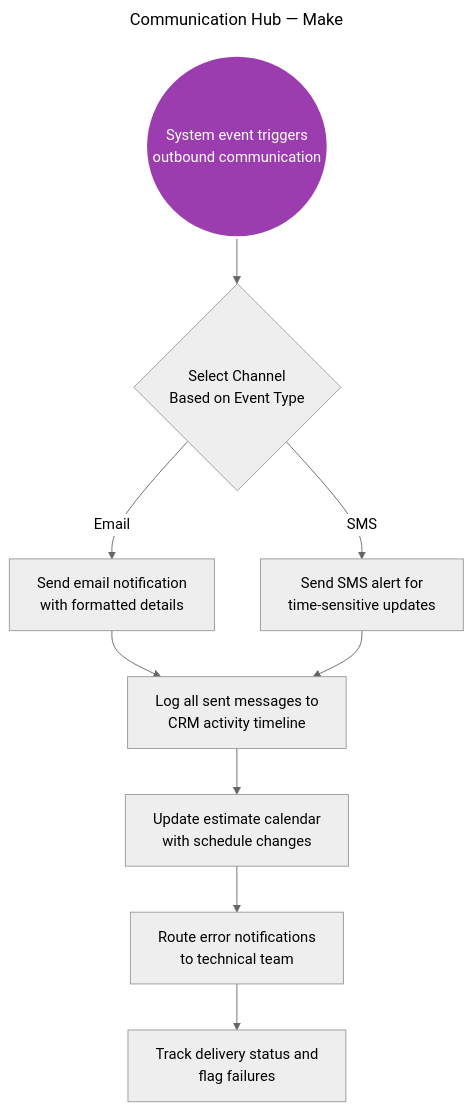
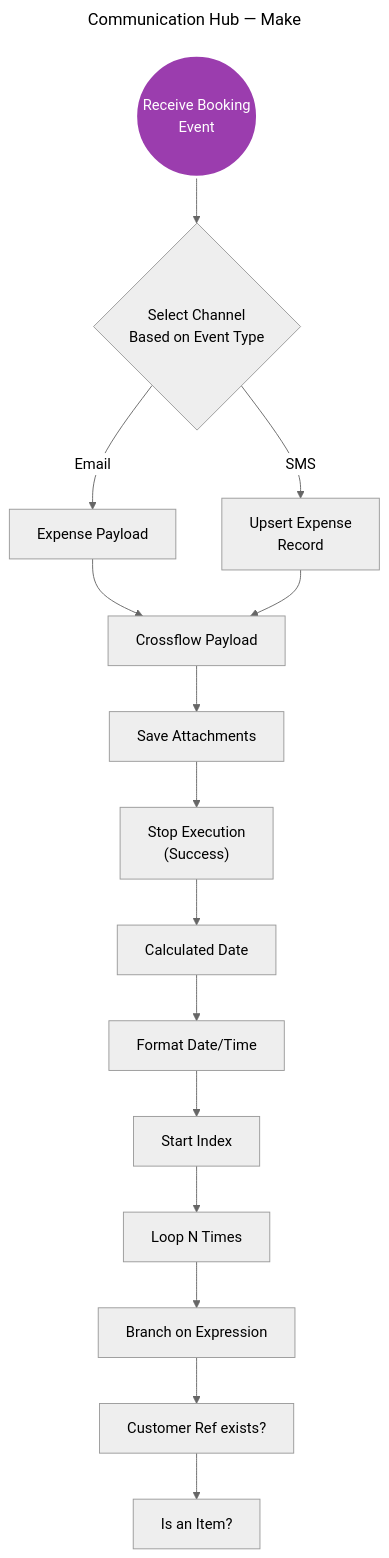
The diagram in linkedin-posts/_pipeline/mermaid/diagrams/communication-hub-make.mmd (animaesuriens/home-service-os), drawn with Mermaid (neutral theme) before and after one commit. The commit also changed 97 other files, not shown here.

First line of the commit message:
feat(15-02): update word count validation to 400-700, fix npm scripts, regenerate 42 diagrams

```diff
--- a/linkedin-posts/_pipeline/mermaid/diagrams/communication-hub-make.mmd
+++ b/linkedin-posts/_pipeline/mermaid/diagrams/communication-hub-make.mmd
@@ -1,23 +1,35 @@
 ---
 title: Communication Hub — Make
 ---
 flowchart TD
-    A(("System event triggers\noutbound communication")):::trigger
+    A(("Receive Booking\nEvent")):::trigger
     B{"Select Channel\nBased on Event Type"}
-    C["Send email notification\nwith formatted details"]
-    D["Send SMS alert for\ntime-sensitive updates"]
-    E["Log all sent messages to\nCRM activity timeline"]
-    F["Update estimate calendar\nwith schedule changes"]
-    G["Route error notifications\nto technical team"]
-    H["Track delivery status and\nflag failures"]
+    C["Expense Payload"]
+    D["Upsert Expense\nRecord"]
+    E["Crossflow Payload"]
+    F["Save Attachments"]
+    G["Stop Execution\n(Success)"]
+    H["Calculated Date"]
+    I["Format Date/Time"]
+    J["Start Index"]
+    K["Loop N Times"]
+    L["Branch on Expression"]
+    M["Customer Ref exists?"]
+    N["Is an Item?"]
 
     A --> B
     B -->|Email| C
     B -->|SMS| D
     C --> E
     D --> E
     E --> F
     F --> G
     G --> H
+    H --> I
+    I --> J
+    J --> K
+    K --> L
+    L --> M
+    M --> N
 
     classDef trigger fill:#9b3dae,stroke:#fff,stroke-width:3px,color:#fff
```
